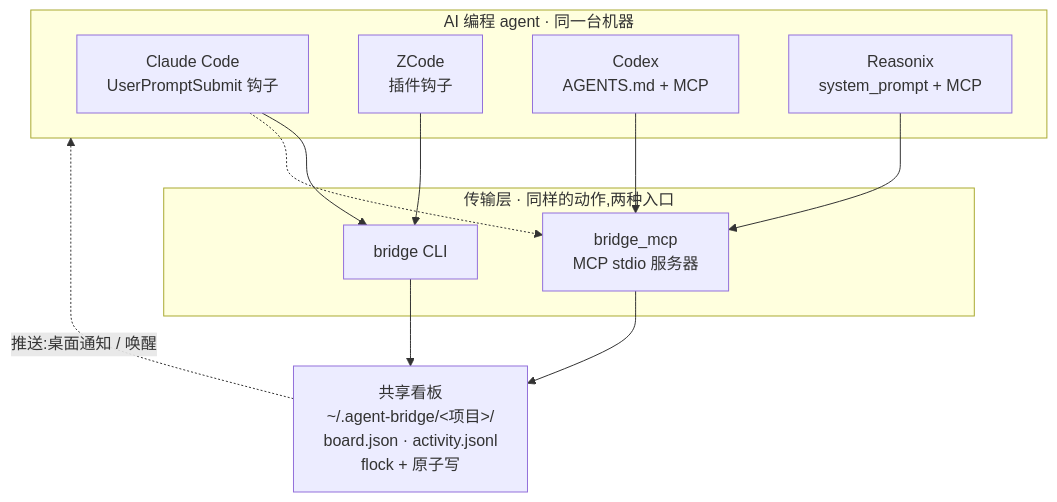
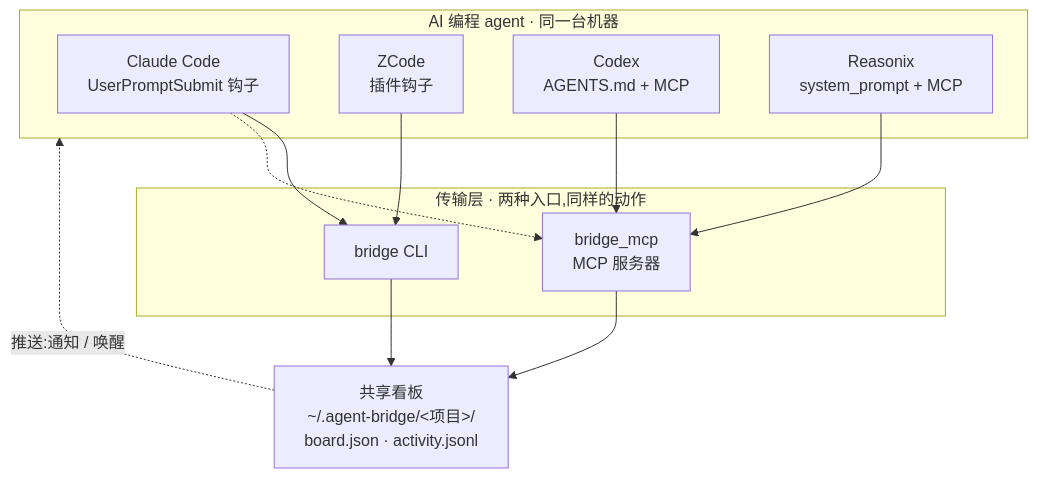
The diagram in README.zh-CN.md (xyva-yuangui/agent-bridge), drawn with Mermaid before and after one commit. The commit also changed other lines of this file and 1 other file, not shown here.

````diff
--- a/README.zh-CN.md
+++ b/README.zh-CN.md
@@ -94,23 +38,23 @@
 ```mermaid
 flowchart TB
     subgraph A["AI 编程 agent · 同一台机器"]
         C["Claude Code<br/>UserPromptSubmit 钩子"]
         Z["ZCode<br/>插件钩子"]
         X["Codex<br/>AGENTS.md + MCP"]
         R["Reasonix<br/>system_prompt + MCP"]
     end
-    subgraph T["传输层 · 同样的动作,两种入口"]
+    subgraph T["传输层 · 两种入口,同样的动作"]
         CLI["bridge CLI"]
-        MCP["bridge_mcp<br/>MCP stdio 服务器"]
+        MCP["bridge_mcp<br/>MCP 服务器"]
     end
-    BOARD["共享看板<br/>~/.agent-bridge/&lt;项目&gt;/<br/>board.json · activity.jsonl<br/>flock + 原子写"]
+    BOARD["共享看板<br/>~/.agent-bridge/&lt;项目&gt;/<br/>board.json · activity.jsonl"]
 
     C --> CLI
     Z --> CLI
     X --> MCP
     R --> MCP
     C -.-> MCP
     CLI --> BOARD
     MCP --> BOARD
-    BOARD -. "推送:桌面通知 / 唤醒" .-> A
+    BOARD -. "推送:通知 / 唤醒" .-> A
 ```
````
